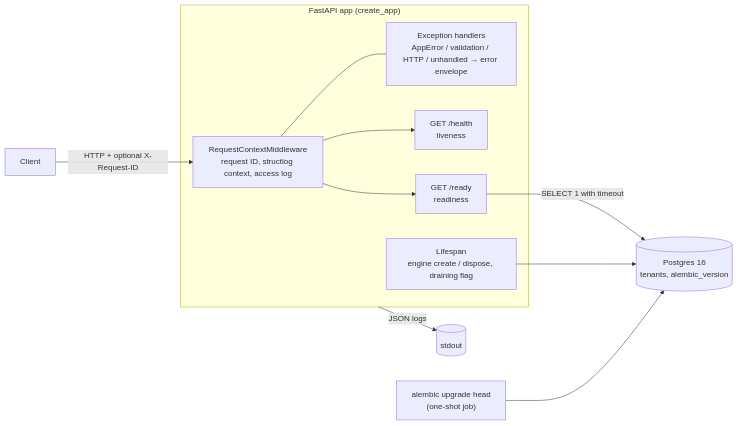
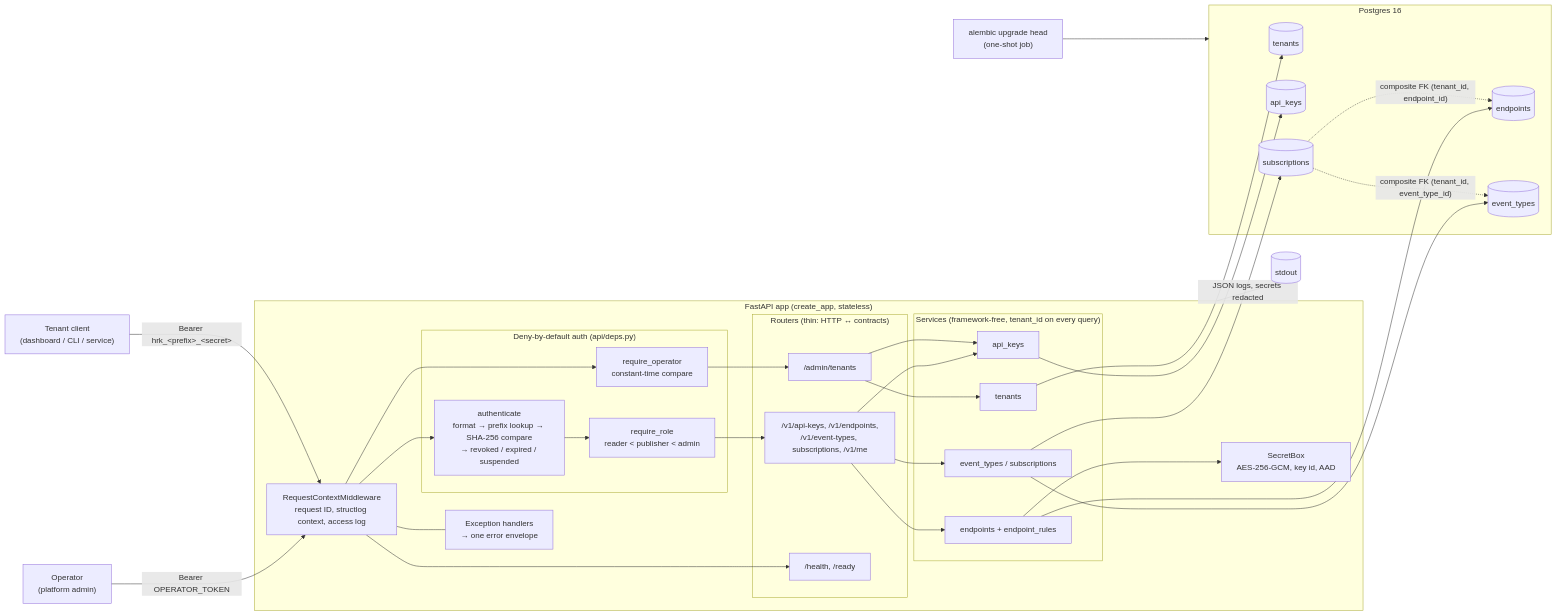
Before and after one commit to smraddhi18/hookrelay: the second of 2 diagrams in README.md, drawn with Mermaid. The commit also changed other lines of this file and 1 other file, not shown here.

Commit message:
M1: README (auth flow, architecture, decisions, API) and roadmap: Milestone 1 complete

````diff
--- a/README.md
+++ b/README.md
@@ -96,20 +102,53 @@
 ```mermaid
 flowchart LR
-    C[Client] -->|"HTTP + optional X-Request-ID"| MW
+    OP["Operator<br/>(platform admin)"] -->|"Bearer OPERATOR_TOKEN"| MW
+    TC["Tenant client<br/>(dashboard / CLI / service)"] -->|"Bearer hrk_&lt;prefix&gt;_&lt;secret&gt;"| MW
 
-    subgraph App["FastAPI app (create_app)"]
+    subgraph App["FastAPI app (create_app, stateless)"]
         MW["RequestContextMiddleware<br/>request ID, structlog context, access log"]
-        EH["Exception handlers<br/>AppError / validation / HTTP / unhandled → error envelope"]
-        H["GET /health<br/>liveness"]
-        RD["GET /ready<br/>readiness"]
-        LS["Lifespan<br/>engine create / dispose, draining flag"]
+        EH["Exception handlers<br/>→ one error envelope"]
+        subgraph Auth["Deny-by-default auth (api/deps.py)"]
+            OPA["require_operator<br/>constant-time compare"]
+            KA["authenticate<br/>format → prefix lookup → SHA-256 compare<br/>→ revoked / expired / suspended"]
+            RR["require_role<br/>reader &lt; publisher &lt; admin"]
+        end
+        subgraph Routers["Routers (thin: HTTP ↔ contracts)"]
+            ADM["/admin/tenants"]
+            V1["/v1/api-keys, /v1/endpoints,<br/>/v1/event-types, subscriptions, /v1/me"]
+            H["/health, /ready"]
+        end
+        subgraph Services["Services (framework-free, tenant_id on every query)"]
+            TS["tenants"]
+            AK["api_keys"]
+            ES["endpoints + endpoint_rules"]
+            ET["event_types / subscriptions"]
+        end
+        SB["SecretBox<br/>AES-256-GCM, key id, AAD"]
+        MW --> OPA --> ADM --> TS
+        MW --> KA --> RR --> V1
+        V1 --> AK
+        V1 --> ES
+        V1 --> ET
+        ADM --> AK
+        ES --> SB
         MW --> H
-        MW --> RD
         MW --- EH
     end
 
-    RD -->|"SELECT 1 with timeout"| PG[("Postgres 16<br/>tenants, alembic_version")]
-    LS --> PG
+    subgraph PG["Postgres 16"]
+        T[(tenants)]
+        K[(api_keys)]
+        E[(endpoints)]
+        EVT[(event_types)]
+        S[(subscriptions)]
+    end
+    TS --> T
+    AK --> K
+    ES --> E
+    ET --> EVT
+    ET --> S
+    S -. "composite FK (tenant_id, endpoint_id)" .-> E
+    S -. "composite FK (tenant_id, event_type_id)" .-> EVT
     MIG["alembic upgrade head<br/>(one-shot job)"] --> PG
-    App -->|"JSON logs"| OUT[(stdout)]
+    App -->|"JSON logs, secrets redacted"| OUT[(stdout)]
 ```
````
